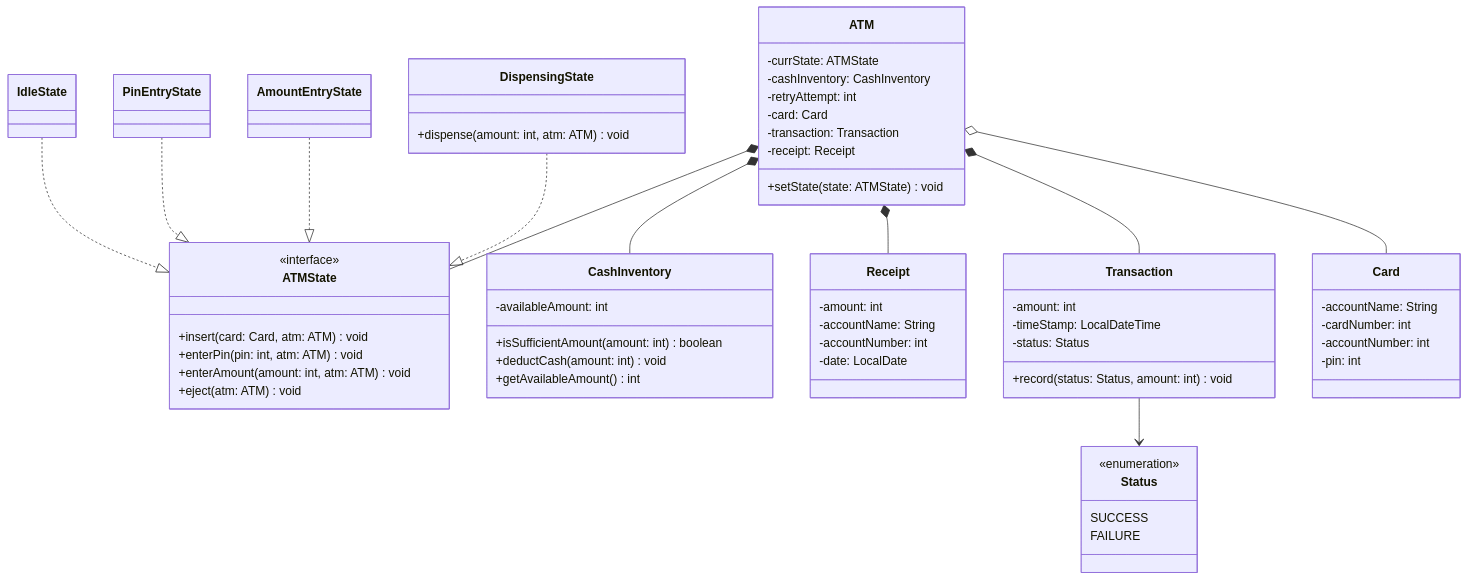
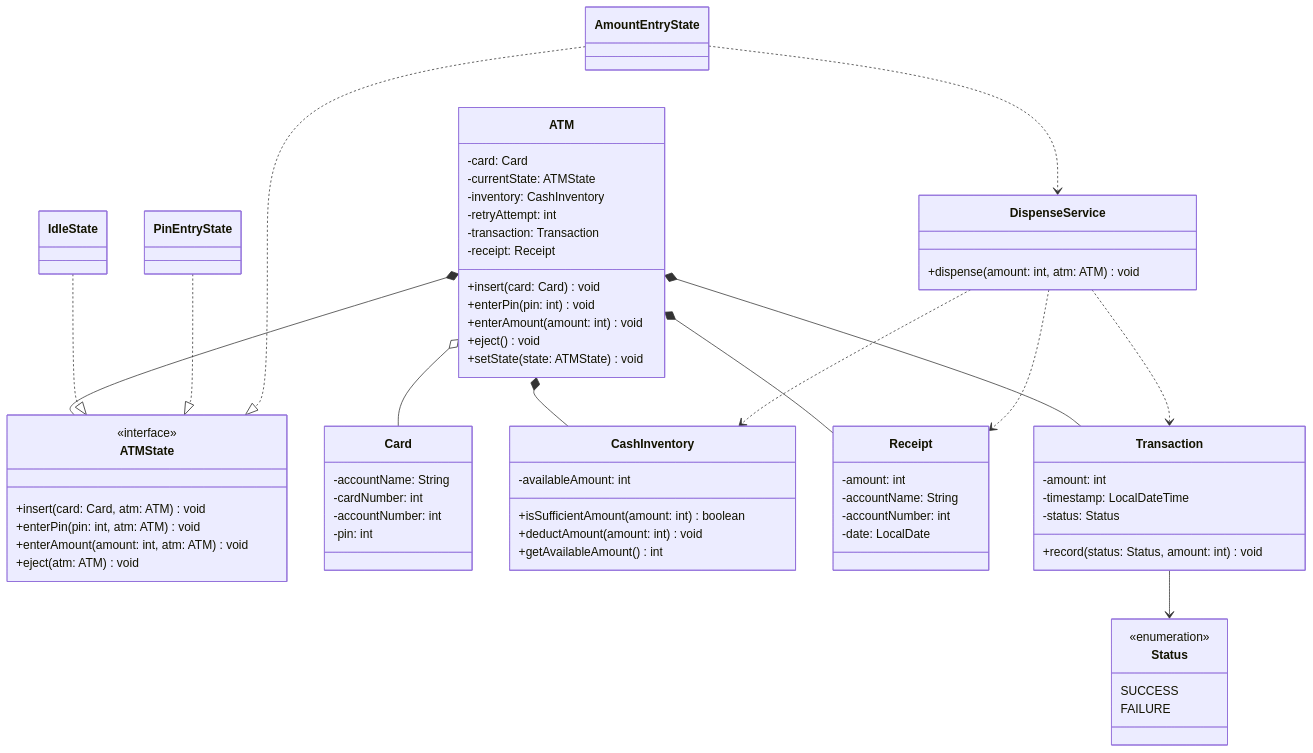
One commit to Anuj-Gupta79/lld-mastery changed the first of 4 diagrams in src/main/java/com/lld/problems/atm/notes/notes.md. Above: the diagram before and after it, drawn with Mermaid. The commit also changed other lines of this file and 19 other files, not shown here.

````diff
--- a/src/main/java/com/lld/problems/atm/notes/notes.md
+++ b/src/main/java/com/lld/problems/atm/notes/notes.md
@@ -58,72 +85,80 @@
 ```mermaid
 classDiagram
     class ATM {
-        -currState: ATMState
-        -cashInventory: CashInventory
+        -card: Card
+        -currentState: ATMState
+        -inventory: CashInventory
         -retryAttempt: int
-        -card: Card
         -transaction: Transaction
         -receipt: Receipt
+        +insert(card: Card) void
+        +enterPin(pin: int) void
+        +enterAmount(amount: int) void
+        +eject() void
         +setState(state: ATMState) void
     }
 
     class ATMState {
         <<interface>>
         +insert(card: Card, atm: ATM) void
         +enterPin(pin: int, atm: ATM) void
         +enterAmount(amount: int, atm: ATM) void
         +eject(atm: ATM) void
     }
 
     class IdleState
     class PinEntryState
     class AmountEntryState
-    class DispensingState {
+
+    class DispenseService {
         +dispense(amount: int, atm: ATM) void
     }
 
     class Card {
         -accountName: String
         -cardNumber: int
         -accountNumber: int
         -pin: int
     }
 
     class CashInventory {
         -availableAmount: int
         +isSufficientAmount(amount: int) boolean
-        +deductCash(amount: int) void
+        +deductAmount(amount: int) void
         +getAvailableAmount() int
     }
 
     class Receipt {
         -amount: int
         -accountName: String
         -accountNumber: int
         -date: LocalDate
     }
 
     class Transaction {
         -amount: int
-        -timeStamp: LocalDateTime
+        -timestamp: LocalDateTime
         -status: Status
         +record(status: Status, amount: int) void
     }
 
     class Status {
         <<enumeration>>
         SUCCESS
         FAILURE
     }
 
     ATM *-- ATMState
     ATM *-- CashInventory
     ATM *-- Receipt
     ATM *-- Transaction
     ATM o-- Card
     IdleState ..|> ATMState
     PinEntryState ..|> ATMState
     AmountEntryState ..|> ATMState
-    DispensingState ..|> ATMState
+    AmountEntryState ..> DispenseService
+    DispenseService ..> CashInventory
+    DispenseService ..> Transaction
+    DispenseService ..> Receipt
     Transaction --> Status
 ```
````
